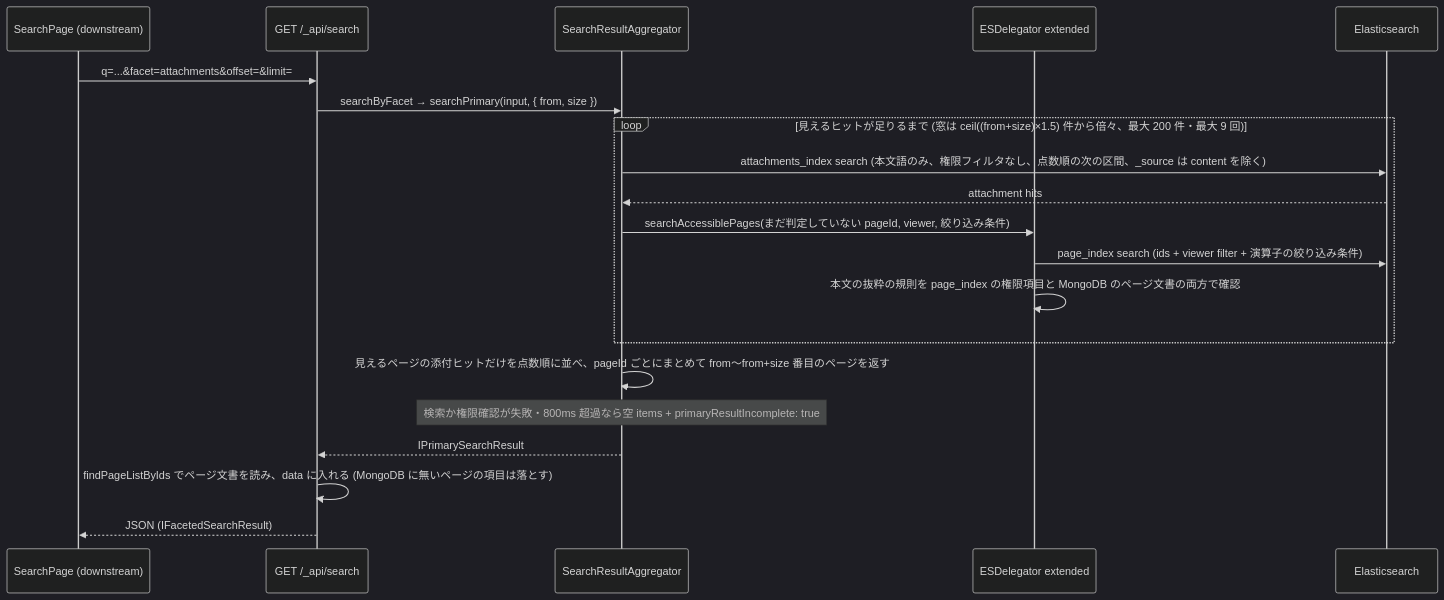
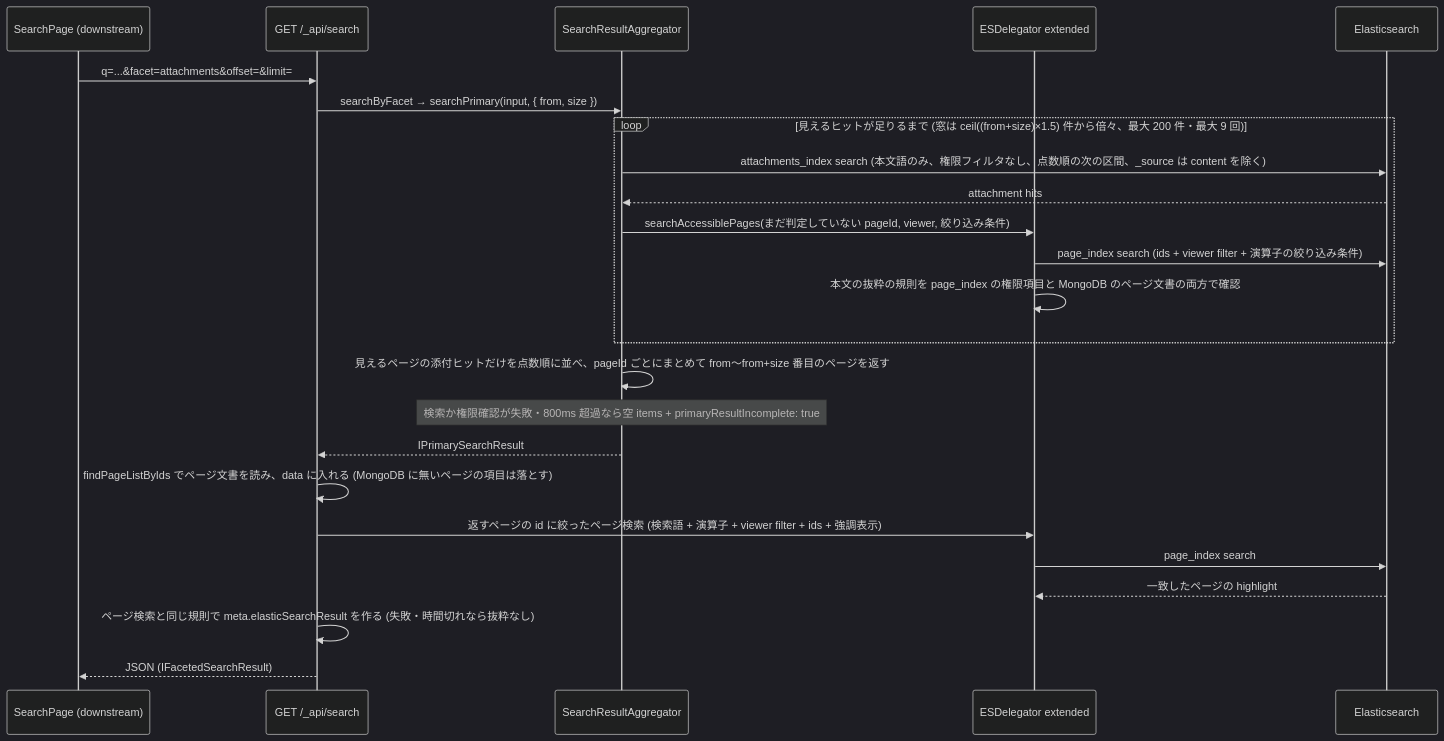
One commit to growilabs/growi changed the fourth of 6 diagrams in .kiro/specs/attachment-search-indexing/design.md. Above: the diagram before and after it, drawn with Mermaid (dark theme). The commit also changed other lines of this file and 4 other files, not shown here.

Commit message:
docs(attachment-search-indexing): add the page search snippet to facet=attachments items whose page also matches

````diff
--- a/.kiro/specs/attachment-search-indexing/design.md
+++ b/.kiro/specs/attachment-search-indexing/design.md
@@ -376,23 +376,27 @@
 ```mermaid
 sequenceDiagram
     participant UI as SearchPage (downstream)
     participant Api as GET /_api/search
     participant Svc as SearchResultAggregator
     participant Del as ESDelegator extended
     participant ES as Elasticsearch
 
     UI->>Api: q=...&facet=attachments&offset=&limit=
     Api->>Svc: searchByFacet → searchPrimary(input, { from, size })
     loop 見えるヒットが足りるまで (窓は ceil((from+size)×1.5) 件から倍々、最大 200 件・最大 9 回)
         Svc->>ES: attachments_index search (本文語のみ、権限フィルタなし、点数順の次の区間、_source は content を除く)
         ES-->>Svc: attachment hits
         Svc->>Del: searchAccessiblePages(まだ判定していない pageId, viewer, 絞り込み条件)
         Del->>ES: page_index search (ids + viewer filter + 演算子の絞り込み条件)
         Del->>Del: 本文の抜粋の規則を page_index の権限項目と MongoDB のページ文書の両方で確認
     end
     Svc->>Svc: 見えるページの添付ヒットだけを点数順に並べ、pageId ごとにまとめて from〜from+size 番目のページを返す
     Note over Svc: 検索か権限確認が失敗・800ms 超過なら空 items + primaryResultIncomplete: true
     Svc-->>Api: IPrimarySearchResult
     Api->>Api: findPageListByIds でページ文書を読み、data に入れる (MongoDB に無いページの項目は落とす)
+    Api->>Del: 返すページの id に絞ったページ検索 (検索語 + 演算子 + viewer filter + ids + 強調表示)
+    Del->>ES: page_index search
+    ES-->>Del: 一致したページの highlight
+    Api->>Api: ページ検索と同じ規則で meta.elasticSearchResult を作る (失敗・時間切れなら抜粋なし)
     Api-->>UI: JSON (IFacetedSearchResult)
 ```
````
